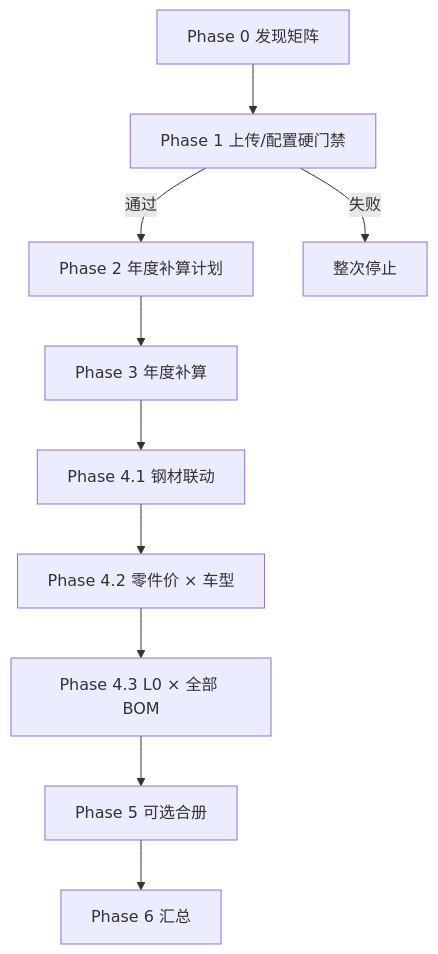
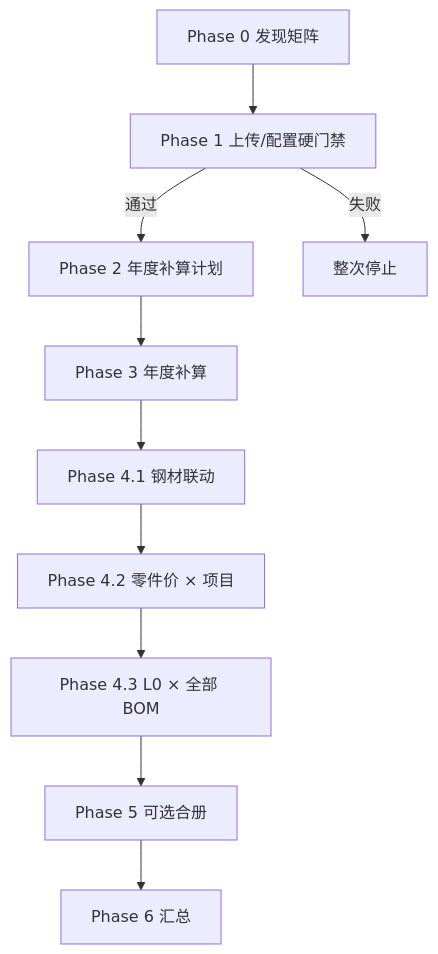
The diagram in docs/costing/costing-engine-design.md (pulinzhang/structure-costing-platform), drawn with Mermaid before and after one commit. The commit also changed other lines of this file and 248 other files, not shown here.

````diff
--- a/docs/costing/costing-engine-design.md
+++ b/docs/costing/costing-engine-design.md
@@ -228,16 +230,16 @@
 ```mermaid
 flowchart TB
     P0[Phase 0 发现矩阵]
     P1[Phase 1 上传/配置硬门禁]
     P2[Phase 2 年度补算计划]
     P3[Phase 3 年度补算]
     P4a[Phase 4.1 钢材联动]
-    P4b[Phase 4.2 零件价 × 车型]
+    P4b[Phase 4.2 零件价 × 项目]
     P4c[Phase 4.3 L0 × 全部 BOM]
     P5[Phase 5 可选合册]
     P6[Phase 6 汇总]
 
     P0 --> P1
     P1 -->|失败| STOP[整次停止]
     P1 -->|通过| P2 --> P3 --> P4a --> P4b --> P4c --> P5 --> P6
 ```
````
